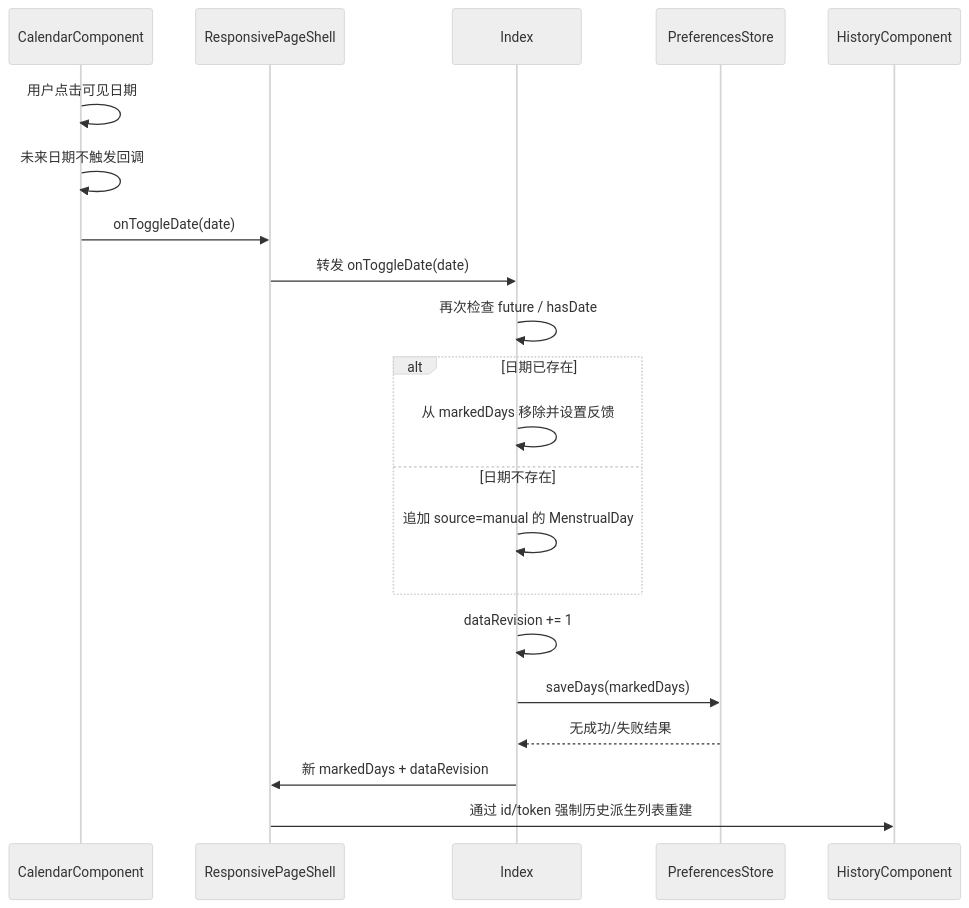
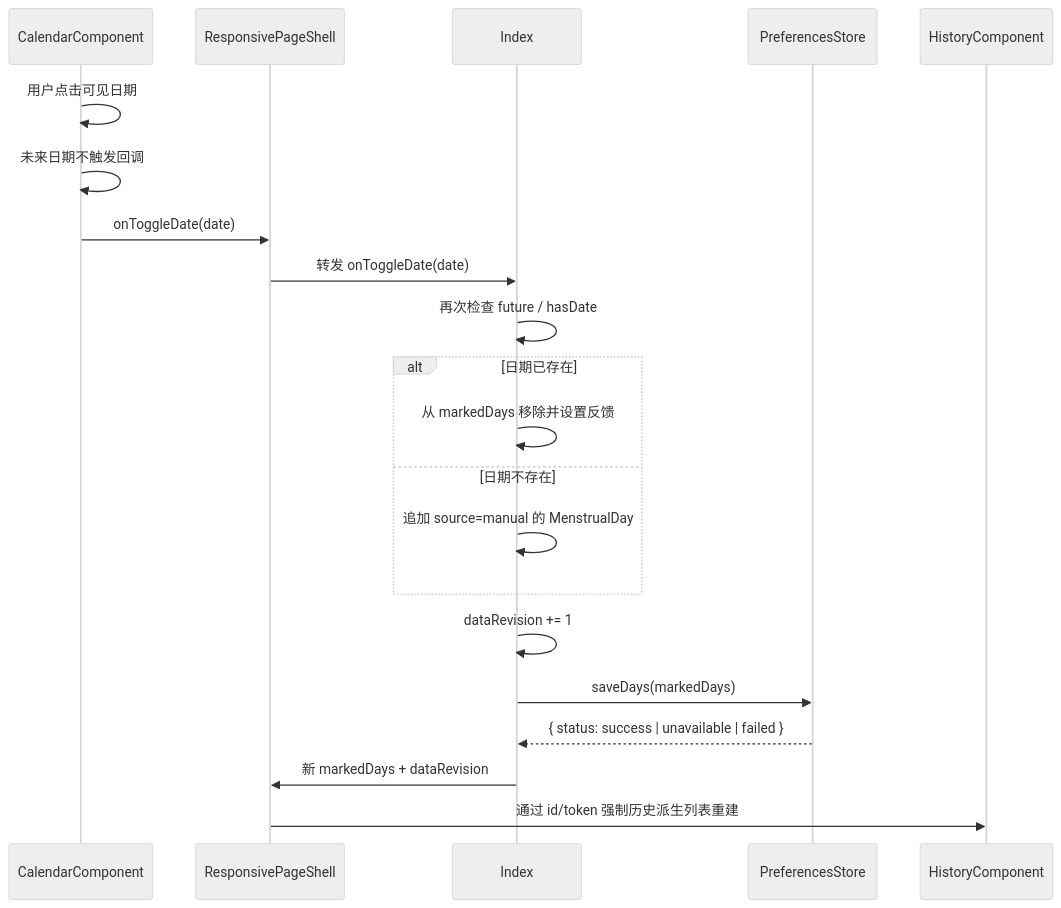
The second of 4 diagrams in docs/architecture/data-flow.md (Kiruno-lz/hercula), drawn with Mermaid (neutral theme) before and after one commit. The commit also changed other lines of this file and 16 other files, not shown here.

Commit message:
docs: consolidate architecture guidance - Consolidate project and architecture guidance in README.md, docs/README.md, docs/architecture, and docs/research - Preserve the refactor boundaries and verification plan in docs/architecture/10-refactor-plan.md

````diff
--- a/docs/architecture/data-flow.md
+++ b/docs/architecture/data-flow.md
@@ -70,24 +71,24 @@
 ```mermaid
 sequenceDiagram
   participant C as CalendarComponent
   participant P as ResponsivePageShell
   participant I as Index
   participant S as PreferencesStore
   participant H as HistoryComponent
 
   C->>C: 用户点击可见日期
   C->>C: 未来日期不触发回调
   C->>P: onToggleDate(date)
   P->>I: 转发 onToggleDate(date)
   I->>I: 再次检查 future / hasDate
   alt 日期已存在
     I->>I: 从 markedDays 移除并设置反馈
   else 日期不存在
     I->>I: 追加 source=manual 的 MenstrualDay
   end
   I->>I: dataRevision += 1
   I->>S: saveDays(markedDays)
-  S-->>I: 无成功/失败结果
+  S-->>I: { status: success | unavailable | failed }
   I->>P: 新 markedDays + dataRevision
   P->>H: 通过 id/token 强制历史派生列表重建
 ```
````
